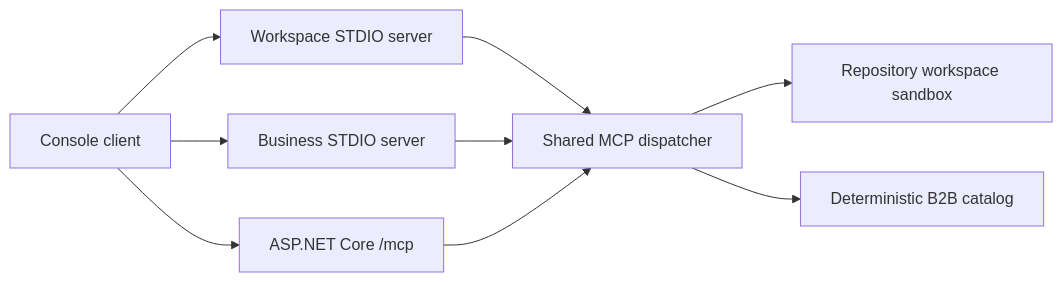
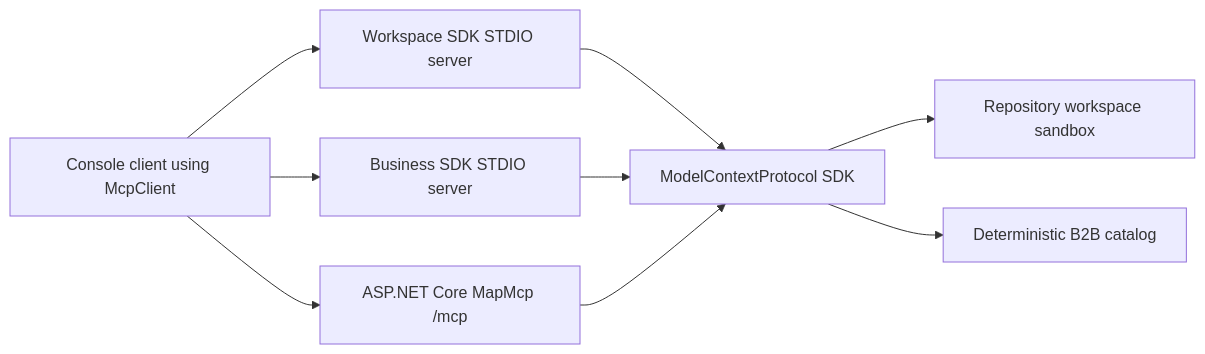
The diagram in README.md (diwb/dotnet-mcp-examples), drawn with Mermaid before and after one commit. The commit also changed other lines of this file and 22 other files, not shown here.

Commit message:
fix: use official mcp sdk transports

````diff
--- a/README.md
+++ b/README.md
@@ -27,11 +45,11 @@
 ```mermaid
 flowchart LR
-  Client["Console client"] --> StdioWorkspace["Workspace STDIO server"]
-  Client --> StdioBusiness["Business STDIO server"]
-  Client --> Http["ASP.NET Core /mcp"]
-  StdioWorkspace --> Shared["Shared MCP dispatcher"]
-  StdioBusiness --> Shared
-  Http --> Shared
-  Shared --> Workspace["Repository workspace sandbox"]
-  Shared --> Catalog["Deterministic B2B catalog"]
+  Client["Console client using McpClient"] --> StdioWorkspace["Workspace SDK STDIO server"]
+  Client --> StdioBusiness["Business SDK STDIO server"]
+  Client --> Http["ASP.NET Core MapMcp /mcp"]
+  StdioWorkspace --> SDK["ModelContextProtocol SDK"]
+  StdioBusiness --> SDK
+  Http --> SDK
+  SDK --> Workspace["Repository workspace sandbox"]
+  SDK --> Catalog["Deterministic B2B catalog"]
 ```
````
